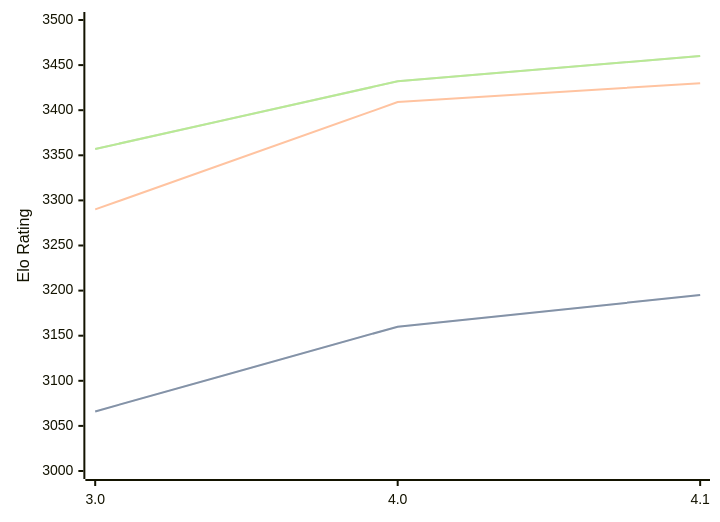
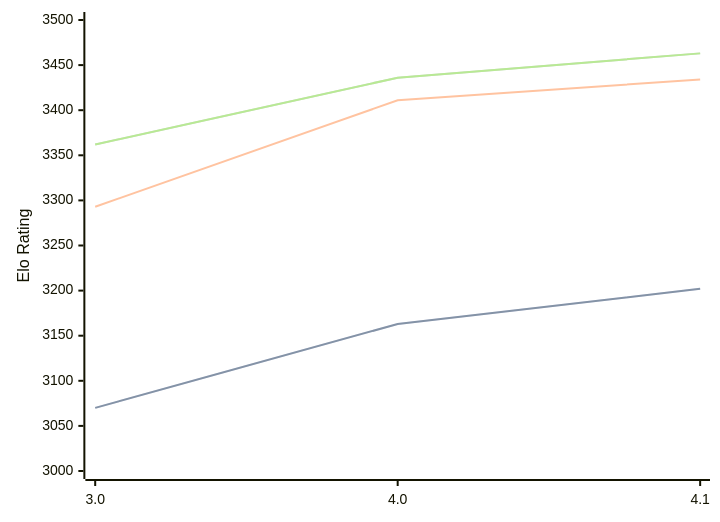
The diagram in engines/Eleanor.md (computer-chess-index/cci), drawn with Mermaid before and after one commit. The commit also changed other lines of this file, not shown here.

Commit message:
Update CCI Ratings (ELO VLTC) - 2026-04-30

````diff
--- a/engines/Eleanor.md
+++ b/engines/Eleanor.md
@@ -35,11 +35,11 @@
 ```mermaid
 %%{init: {"theme":"base","themeVariables":{"seriesColors:['#a3a3a3','#222221','#faa371']}}}%%
 xychart-beta
   x-axis ["3.0", "4.0", "4.1"]
   y-axis "Elo Rating" 3000 --> 3500
-  line "STC (8.0+0.08s)" [3066, 3160, 3195]
-  line "STC (8.0+0.08s)" [3066, 3160, 3195]
-  line "LTC (60.0+0.60s)" [3290, 3409, 3430]
-  line "VLTC (2m24s+1.12s)" [3357, 3432, 3460]
-  line "VLTC (2m24s+1.12s)" [3357, 3432, 3460]
+  line "STC (8.0+0.08s)" [3070, 3163, 3202]
+  line "STC (8.0+0.08s)" [3070, 3163, 3202]
+  line "LTC (60.0+0.60s)" [3293, 3411, 3434]
+  line "VLTC (2m24s+1.12s)" [3362, 3436, 3463]
+  line "VLTC (2m24s+1.12s)" [3362, 3436, 3463]
 ```
````
